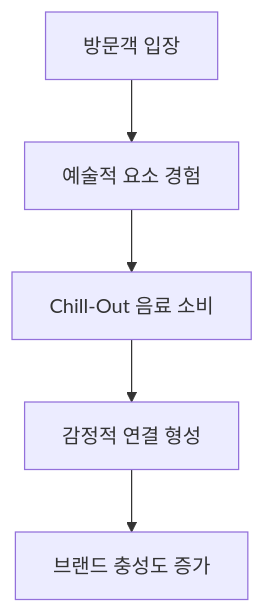
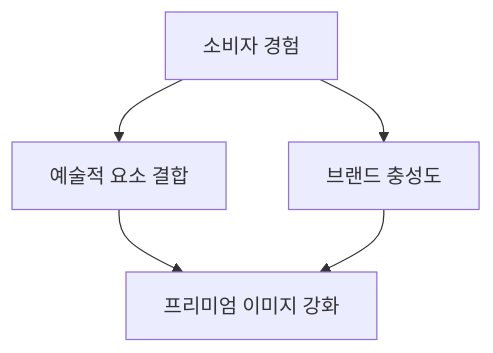
The seventh of 7 diagrams in reports/칠아웃_하이엔드_스파_메타포_시뮬레이션.md (meandfree23/cd_planner), drawn with Mermaid before and after one commit. The commit also changed other lines of this file and 2 other files, not shown here.

Commit message:
Update Chill-Out simulation report with 4-part dense slide format

````diff
--- a/reports/칠아웃_하이엔드_스파_메타포_시뮬레이션.md
+++ b/reports/칠아웃_하이엔드_스파_메타포_시뮬레이션.md
@@ -218,7 +215,7 @@
 ```mermaid
 graph TD;
-    A[방문객 입장] --> B[예술적 요소 경험]
-    B --> C[Chill-Out 음료 소비]
-    C --> D[감정적 연결 형성]
-    D --> E[브랜드 충성도 증가]
+    A[소비자 경험] --> B[예술적 요소 결합]
+    A --> C[브랜드 충성도]
+    B --> D[프리미엄 이미지 강화]
+    C --> D
 ```
````
